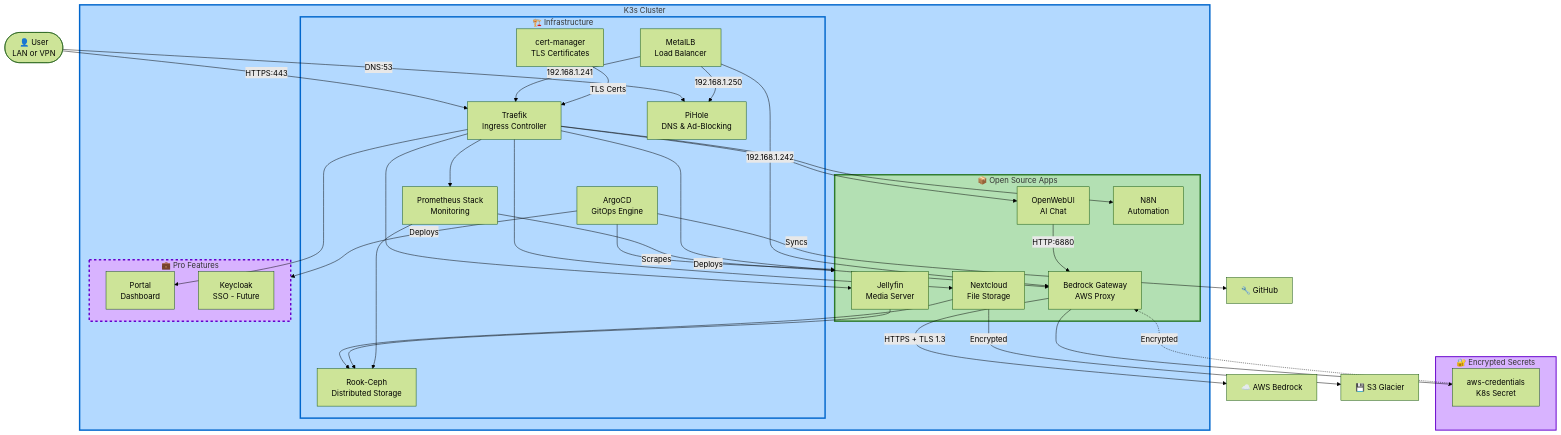
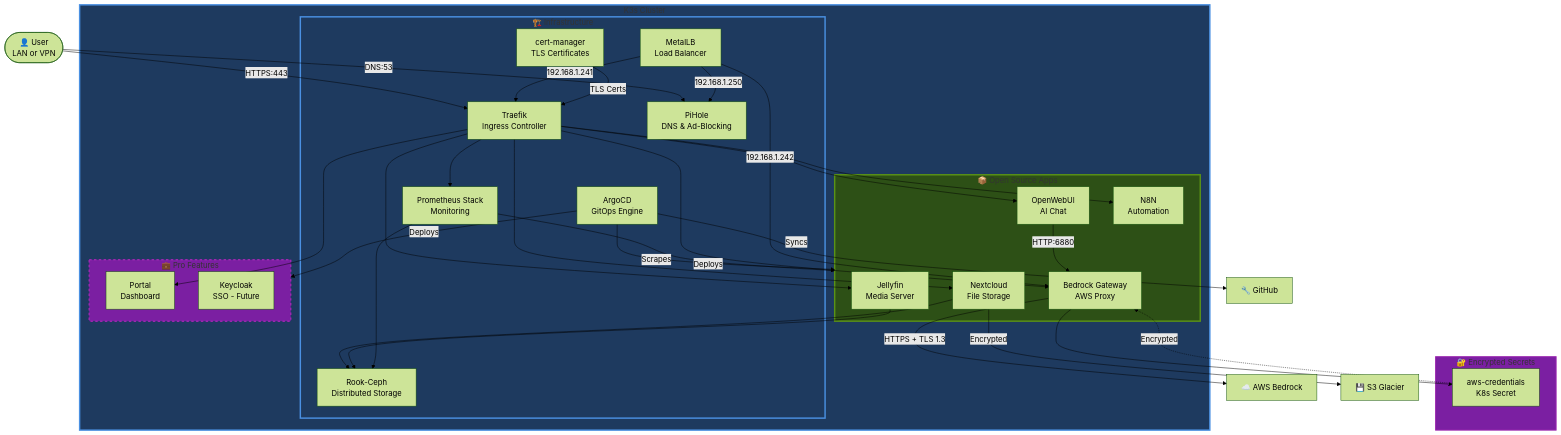
The second of 6 diagrams in docs/wiki/02-Architecture.md (seadogger-tech/seadogger-homelab), drawn with Mermaid (forest theme) before and after one commit. The commit also changed other lines of this file and 1 other file, not shown here.

First line of the commit message:
Revert to original dark color scheme for diagram blocks

````diff
--- a/docs/wiki/02-Architecture.md
+++ b/docs/wiki/02-Architecture.md
@@ -72,76 +72,76 @@
 ```mermaid
 graph TB
     User([👤 User<br/>LAN or VPN])
 
     subgraph K3s["K3s Cluster"]
         subgraph Infrastructure["🏗️ Infrastructure"]
             Traefik[Traefik<br/>Ingress Controller]
             MetalLB[MetalLB<br/>Load Balancer]
             Ceph[Rook-Ceph<br/>Distributed Storage]
             CertMgr[cert-manager<br/>TLS Certificates]
             ArgoCD[ArgoCD<br/>GitOps Engine]
             Prom[Prometheus Stack<br/>Monitoring]
             PiHole[PiHole<br/>DNS & Ad-Blocking]
         end
 
         subgraph Apps["📦 Open Source Apps"]
             Nextcloud[Nextcloud<br/>File Storage]
             Jellyfin[Jellyfin<br/>Media Server]
             OpenWebUI[OpenWebUI<br/>AI Chat]
             N8N[N8N<br/>Automation]
             Bedrock_GW[Bedrock Gateway<br/>AWS Proxy]
         end
 
         subgraph Pro["💼 Pro Features"]
             Portal[Portal<br/>Dashboard]
             Keycloak[Keycloak<br/>SSO - Future]
         end
     end
 
     subgraph Secrets["🔐 Encrypted Secrets"]
         AWS_Secret[aws-credentials<br/>K8s Secret]
     end
 
     GitHub[🔧 GitHub]
     AWS[☁️ AWS Bedrock]
     S3[💾 S3 Glacier]
 
     User -->|HTTPS:443| Traefik
     User -->|DNS:53| PiHole
 
     Traefik --> Nextcloud
     Traefik --> Jellyfin
     Traefik --> OpenWebUI
     Traefik --> N8N
     Traefik --> Portal
     Traefik --> Prom
     Traefik --> Bedrock_GW
 
     ArgoCD -->|Deploys| Apps
     ArgoCD -->|Deploys| Pro
     ArgoCD -->|Syncs| GitHub
 
     MetalLB -->|192.168.1.241| Traefik
     MetalLB -->|192.168.1.250| PiHole
     MetalLB -->|192.168.1.242| Bedrock_GW
 
     CertMgr -->|TLS Certs| Traefik
 
     Nextcloud --> Ceph
     Jellyfin --> Ceph
     Prom --> Ceph
 
     Bedrock_GW --> AWS_Secret
     AWS_Secret -.->|Encrypted| Bedrock_GW
 
     Prom -->|Scrapes| Apps
     OpenWebUI -->|HTTP:6880| Bedrock_GW
     Bedrock_GW -->|HTTPS + TLS 1.3| AWS
     Nextcloud -->|Encrypted| S3
 
-    style Infrastructure fill:#b3d9ff,stroke:#0066cc,stroke-width:3px
-    style Apps fill:#b3e0b3,stroke:#2d7a2d,stroke-width:3px
-    style Pro fill:#d8b3ff,stroke:#6600cc,stroke-width:3px,stroke-dasharray: 5 5
-    style K3s fill:#b3d9ff,stroke:#0066cc,stroke-width:3px
-    style Secrets fill:#d8b3ff,stroke:#6600cc,stroke-width:2px
+    style Infrastructure fill:#1e3a5f,stroke:#4a90e2,stroke-width:3px
+    style Apps fill:#2d5016,stroke:#5a9216,stroke-width:3px
+    style Pro fill:#7b1fa2,stroke:#9c27b0,stroke-width:3px,stroke-dasharray: 5 5
+    style K3s fill:#1e3a5f,stroke:#4a90e2,stroke-width:3px
+    style Secrets fill:#7b1fa2,stroke:#9c27b0,stroke-width:2px
 ```
````
